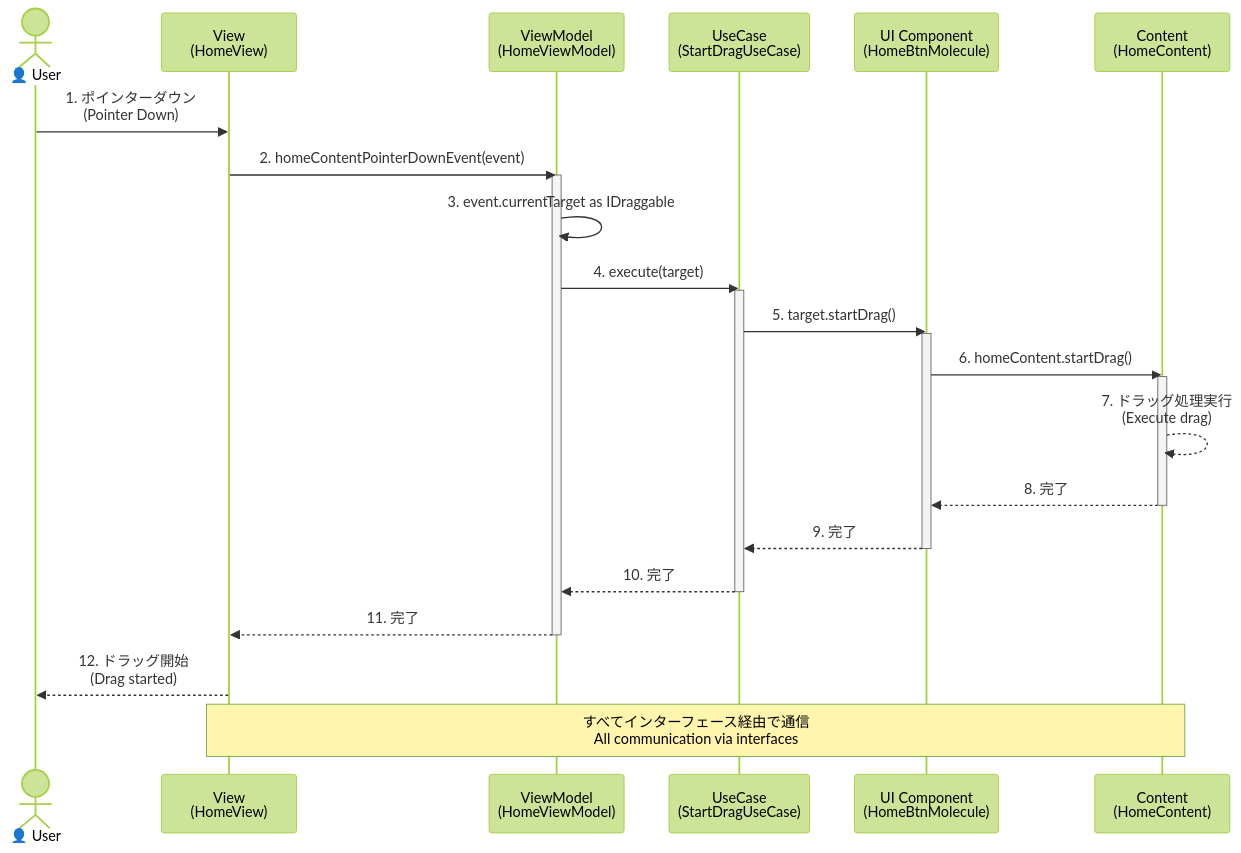
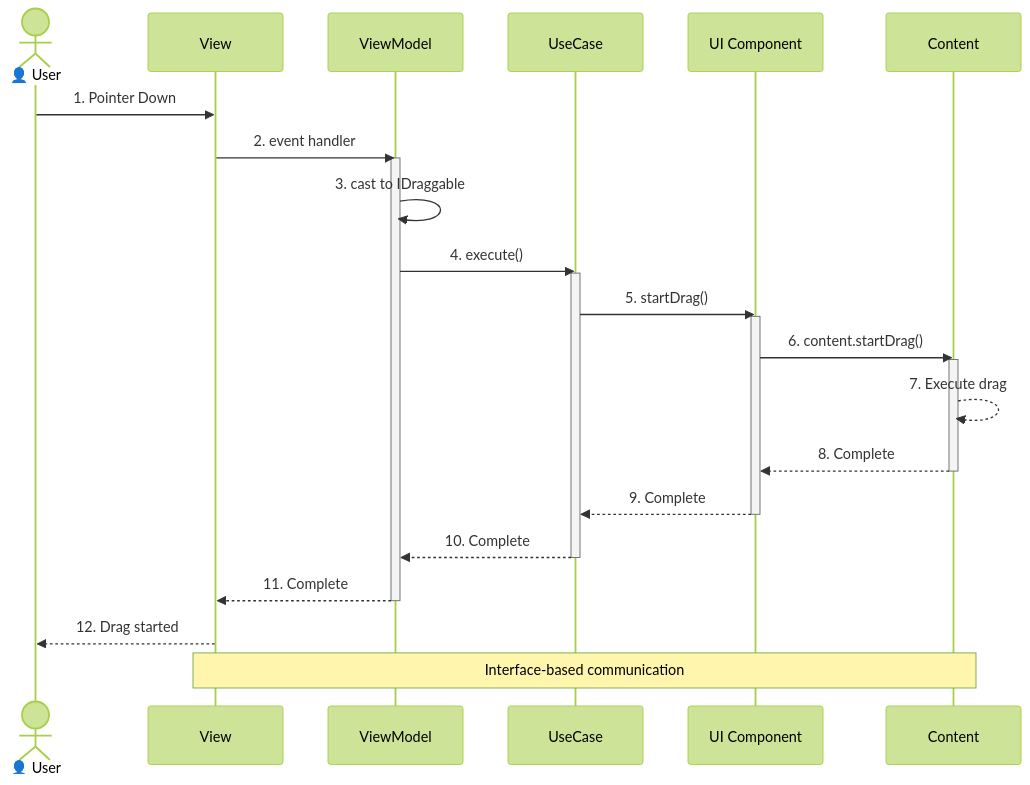
The fourth of 6 diagrams in template/ARCHITECTURE.md (Next2D/framework-typescript-template), drawn with Mermaid (forest theme) before and after one commit. The commit also changed other lines of this file and 1 other file, not shown here.

````diff
--- a/template/ARCHITECTURE.md
+++ b/template/ARCHITECTURE.md
@@ -301,32 +237,32 @@
 ```mermaid
 sequenceDiagram
     actor User as 👤 User
-    participant View as View<br/>(HomeView)
-    participant VM as ViewModel<br/>(HomeViewModel)
-    participant UC as UseCase<br/>(StartDragUseCase)
-    participant UI as UI Component<br/>(HomeBtnMolecule)
-    participant Content as Content<br/>(HomeContent)
+    participant View as View
+    participant VM as ViewModel
+    participant UC as UseCase
+    participant UI as UI Component
+    participant Content as Content
 
-    User->>View: 1. ポインターダウン<br/>(Pointer Down)
-    View->>VM: 2. homeContentPointerDownEvent(event)
+    User->>View: 1. Pointer Down
+    View->>VM: 2. event handler
     activate VM
-    VM->>VM: 3. event.currentTarget as IDraggable
-    VM->>UC: 4. execute(target)
+    VM->>VM: 3. cast to IDraggable
+    VM->>UC: 4. execute()
     activate UC
-    UC->>UI: 5. target.startDrag()
+    UC->>UI: 5. startDrag()
     activate UI
-    UI->>Content: 6. homeContent.startDrag()
+    UI->>Content: 6. content.startDrag()
     activate Content
-    Content-->>Content: 7. ドラッグ処理実行<br/>(Execute drag)
-    Content-->>UI: 8. 完了
+    Content-->>Content: 7. Execute drag
+    Content-->>UI: 8. Complete
     deactivate Content
-    UI-->>UC: 9. 完了
+    UI-->>UC: 9. Complete
     deactivate UI
-    UC-->>VM: 10. 完了
+    UC-->>VM: 10. Complete
     deactivate UC
-    VM-->>View: 11. 完了
+    VM-->>View: 11. Complete
     deactivate VM
-    View-->>User: 12. ドラッグ開始<br/>(Drag started)
+    View-->>User: 12. Drag started
 
-    Note over View,Content: すべてインターフェース経由で通信<br/>All communication via interfaces
+    Note over View,Content: Interface-based communication
 ```
````
